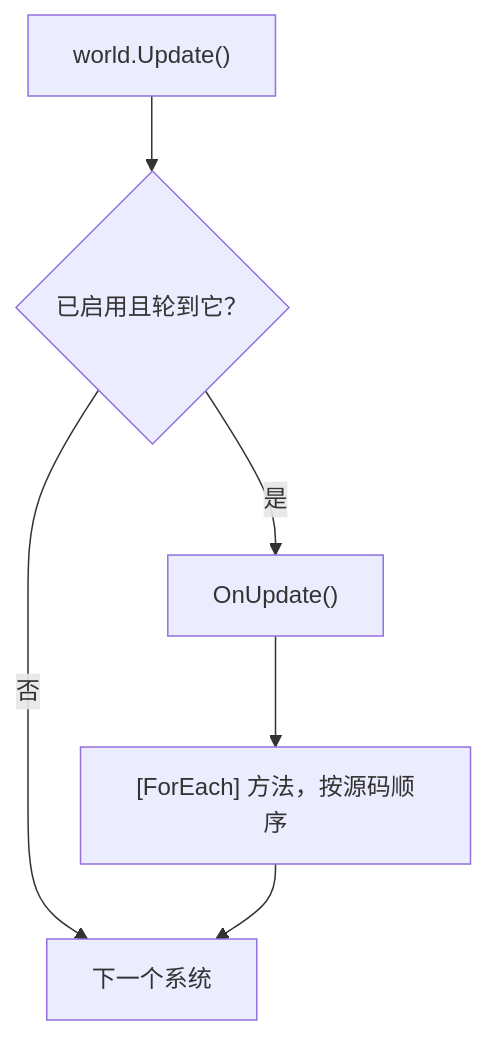
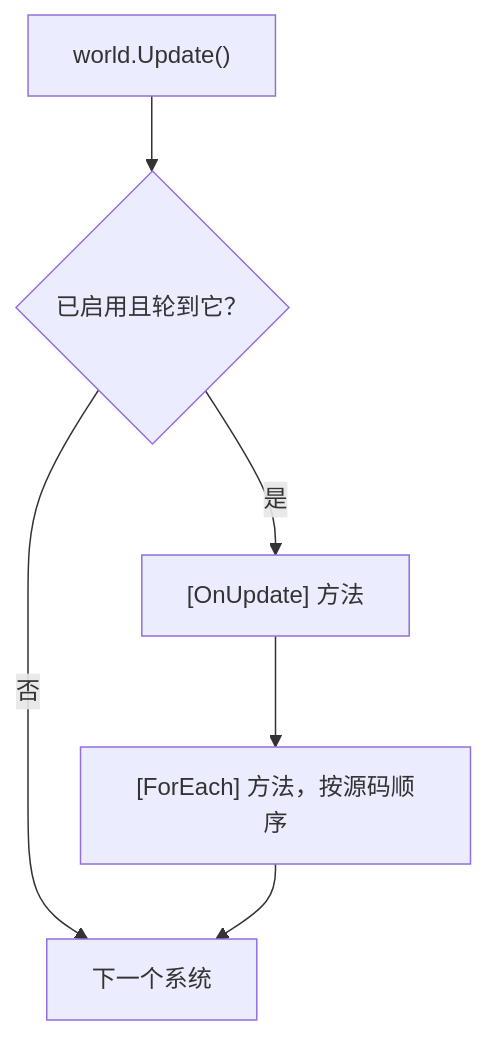
One commit to JasonXuDeveloper/EasyEcs changed the diagram in docs/content/guide/systems.zh.mdx. Above: the diagram before and after it, drawn with Mermaid. The commit also changed other lines of this file and 96 other files, not shown here.

````diff
--- a/docs/content/guide/systems.zh.mdx
+++ b/docs/content/guide/systems.zh.mdx
@@ -106,8 +137,8 @@
 ```mermaid
 flowchart TB
     U["world.Update()"] --> S{"已启用且轮到它？"}
     S -- 否 --> N["下一个系统"]
-    S -- 是 --> O["OnUpdate()"]
+    S -- 是 --> O["[OnUpdate] 方法"]
     O --> F["[ForEach] 方法，按源码顺序"]
     F --> N
 ```
````
